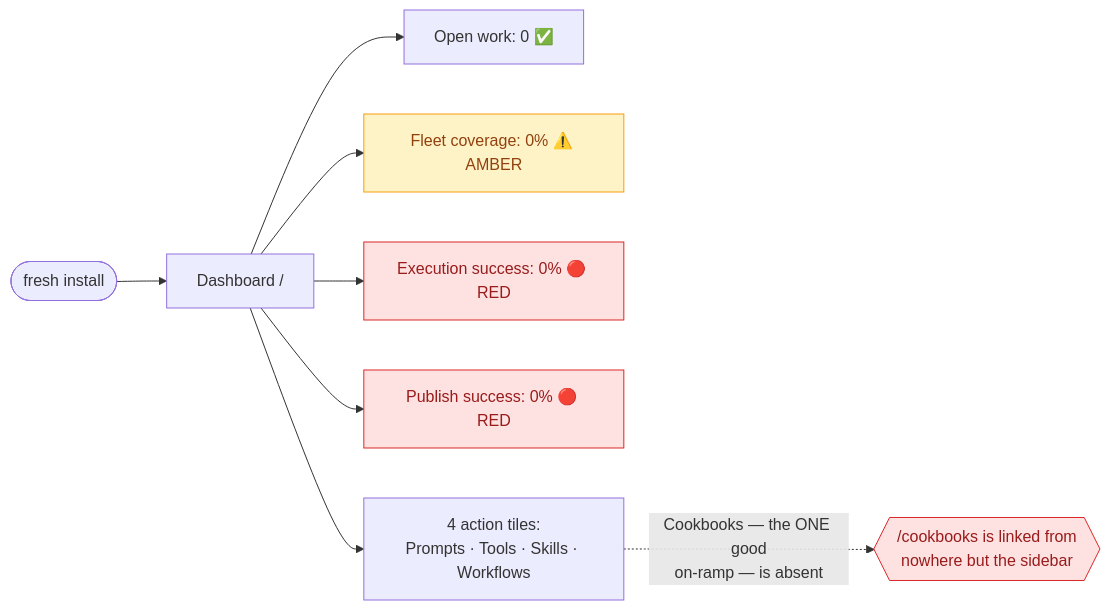
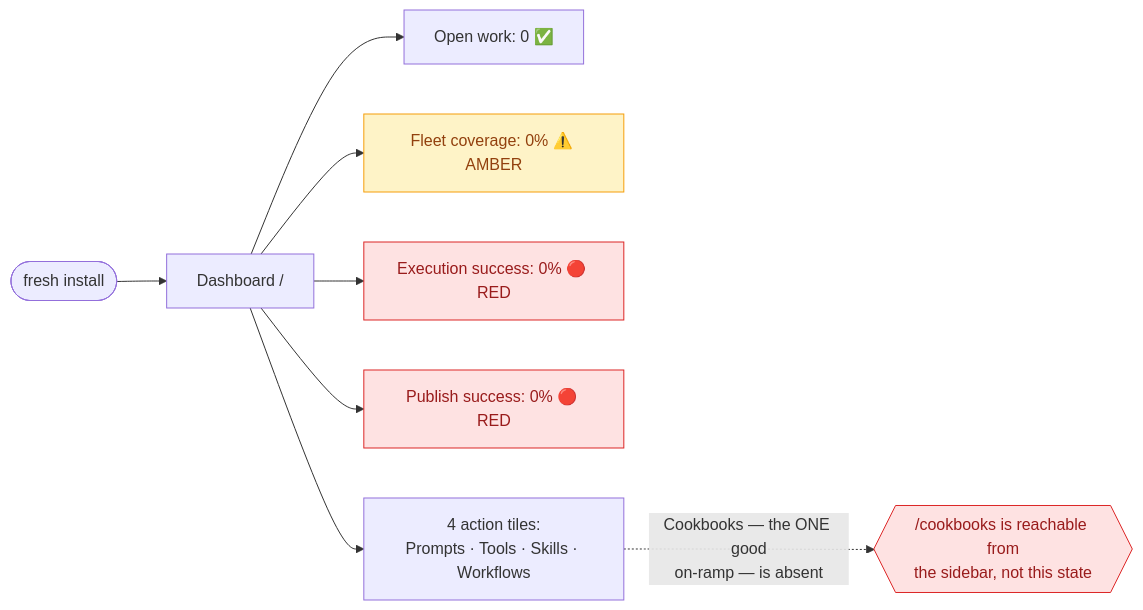
Before and after one commit to rrahimi-uci/caliber-suite: the eighth of 15 diagrams in ux-analysis-report.md, drawn with Mermaid. The commit also changed other lines of this file, not shown here.

````diff
--- a/ux-analysis-report.md
+++ b/ux-analysis-report.md
@@ -588,15 +622,15 @@
 ```mermaid
 flowchart LR
   NEW(["fresh install"]) --> DASH["Dashboard /"]
   DASH --> T1["Open work: 0 ✅"]
   DASH --> T2["Fleet coverage: 0% ⚠️ AMBER"]
   DASH --> T3["Execution success: 0% 🔴 RED"]
   DASH --> T4["Publish success: 0% 🔴 RED"]
   DASH --> ACT["4 action tiles:<br/>Prompts · Tools · Skills · Workflows"]
-  ACT -.->|"Cookbooks — the ONE good<br/>on-ramp — is absent"| MISS{{"/cookbooks is linked from<br/>nowhere but the sidebar"}}
+  ACT -.->|"Cookbooks — the ONE good<br/>on-ramp — is absent"| MISS{{"/cookbooks is reachable from<br/>the sidebar, not this state"}}
 
   classDef bad fill:#fee2e2,stroke:#dc2626,color:#991b1b
   class T3,T4,MISS bad
   classDef warn fill:#fef3c7,stroke:#f59e0b,color:#92400e
   class T2 warn
 ```
````
